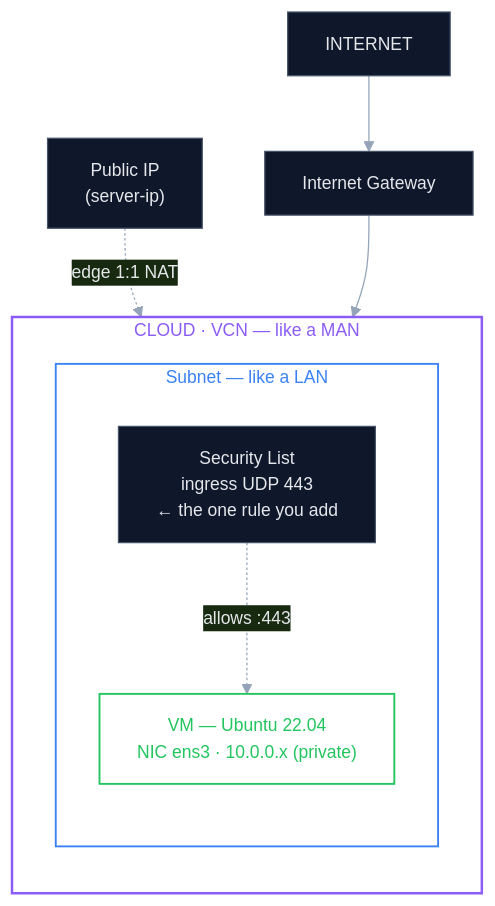
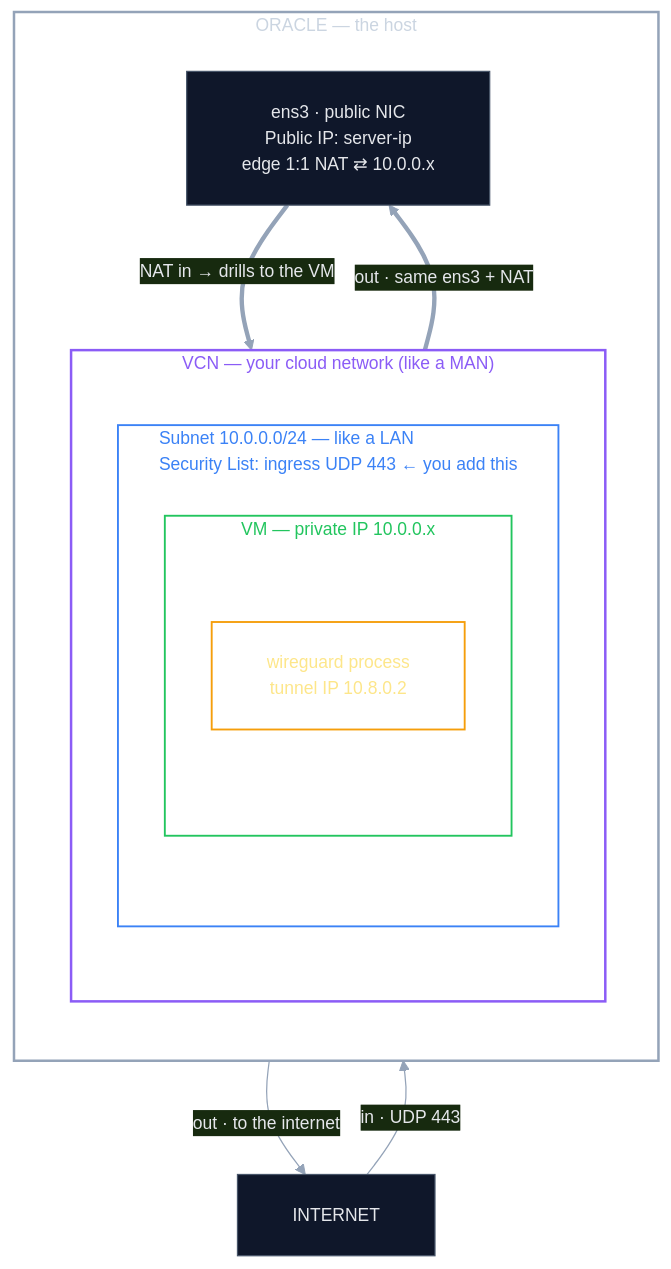
Before and after one commit to codereyinish/ColdVPN: the diagram in server/CREATE-VM.md, drawn with Mermaid. The commit also changed other lines of this file and 3 other files, not shown here.

Commit message:
Docs: extract packet flow to PACKET-FLOW.md; drop stale Log-in step; redesign network diagram (ORACLE⊃VCN⊃subnet⊃VM⊃wireguard, in/out via ens3, more padding)

````diff
--- a/server/CREATE-VM.md
+++ b/server/CREATE-VM.md
@@ -17,22 +17,32 @@
 ```mermaid
-%%{init: {'theme':'base','themeVariables':{'primaryColor':'#0f172a','primaryTextColor':'#e5e7eb','primaryBorderColor':'#475569','lineColor':'#94a3b8','fontSize':'14px'}}}%%
-flowchart TD
-    Net["INTERNET"] --> IGW["Internet Gateway"]
-    IGW --> VCN
+%%{init: {'theme':'base','themeVariables':{'primaryColor':'#0f172a','primaryTextColor':'#e5e7eb','primaryBorderColor':'#475569','lineColor':'#94a3b8','fontSize':'14px'},'flowchart':{'padding':22,'nodeSpacing':55,'rankSpacing':70}}}%%
+flowchart TB
+    NET["INTERNET"]
 
-    subgraph VCN["CLOUD · VCN — like a MAN"]
+    subgraph ORACLE["ORACLE — the host"]
         direction TB
-        subgraph SUB["Subnet — like a LAN"]
+        EDGE["ens3 · public NIC<br/>Public IP: server-ip<br/>edge 1:1 NAT ⇄ 10.0.0.x"]
+
+        subgraph VCN["VCN — your cloud network (like a MAN)"]
             direction TB
-            SL["Security List<br/>ingress UDP 443<br/>← the one rule you add"]
-            VM["VM — Ubuntu 22.04<br/>NIC ens3 · 10.0.0.x (private)"]
-            SL -.->|"allows :443"| VM
+            subgraph SUB["Subnet 10.0.0.0/24 — like a LAN<br/>Security List: ingress UDP 443 ← you add this"]
+                direction TB
+                subgraph VM["VM — private IP 10.0.0.x"]
+                    direction TB
+                    WG["wireguard process<br/>tunnel IP 10.8.0.2"]
+                end
+            end
         end
     end
 
-    PUB["Public IP<br/>(server-ip)"] -. "edge 1:1 NAT" .-> VM
+    NET -->|"in · UDP 443"| EDGE
+    EDGE ==>|"NAT in → drills to the VM"| WG
+    WG ==>|"out · same ens3 + NAT"| EDGE
+    EDGE -->|"out · to the internet"| NET
 
+    style ORACLE fill:none,stroke:#94a3b8,stroke-width:2px,color:#cbd5e1
     style VCN fill:none,stroke:#8b5cf6,stroke-width:2px,color:#8b5cf6
     style SUB fill:none,stroke:#3b82f6,stroke-width:1.5px,color:#3b82f6
     style VM fill:none,stroke:#22c55e,stroke-width:1.5px,color:#22c55e
+    style WG fill:none,stroke:#f59e0b,stroke-width:1.5px,color:#fde68a
 ```
````
